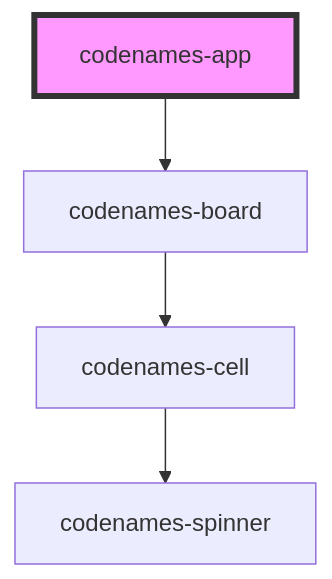
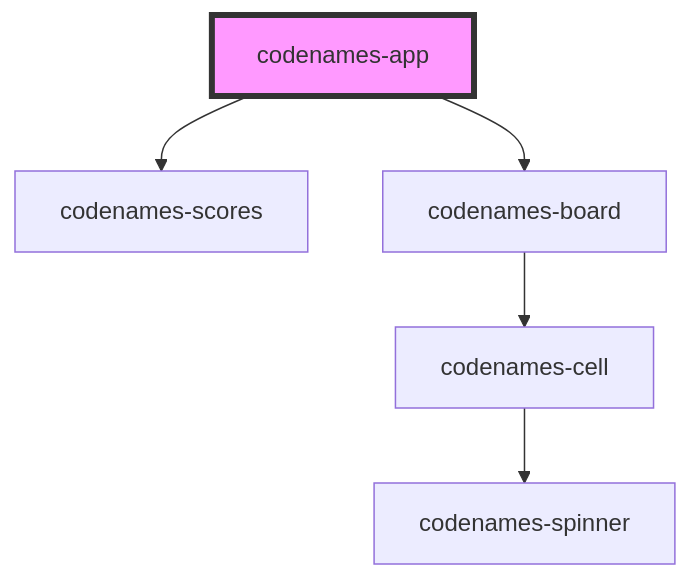
Before and after one commit to nelspd915/codenames: the diagram in packages/frontend/src/components/codenames-app/readme.md, drawn with Mermaid. The commit also changed other lines of this file and 9 other files, not shown here.

````diff
--- a/packages/frontend/src/components/codenames-app/readme.md
+++ b/packages/frontend/src/components/codenames-app/readme.md
@@ -15,7 +16,8 @@
 ```mermaid
 graph TD;
+  codenames-app --> codenames-scores
   codenames-app --> codenames-board
   codenames-board --> codenames-cell
   codenames-cell --> codenames-spinner
   style codenames-app fill:#f9f,stroke:#333,stroke-width:4px
 ```
````
